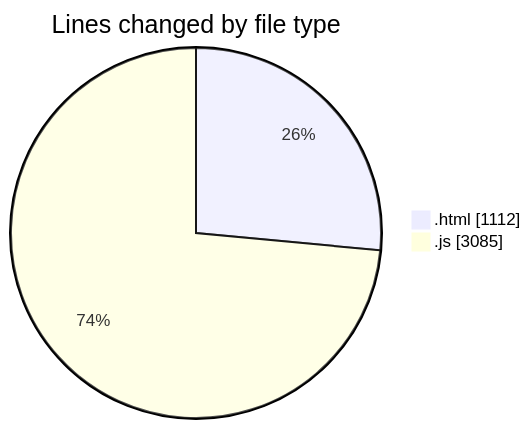
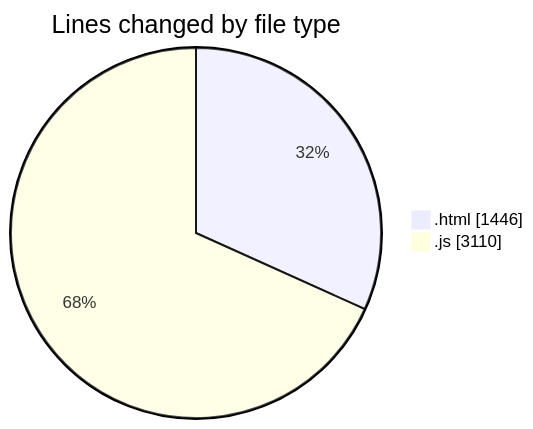
Before and after one commit to becaeroporto-bot/code-tracking: the first of 2 diagrams in 2026-02-19/bot_v1_2/README.md, drawn with Mermaid. The commit also changed other lines of this file and 1 other file, not shown here.

````diff
--- a/2026-02-19/bot_v1_2/README.md
+++ b/2026-02-19/bot_v1_2/README.md
@@ -27,6 +28,6 @@
 ```mermaid
 pie showData
 title Lines changed by file type
-".html" : 1112
-".js" : 3085
+".html" : 1446
+".js" : 3110
 ```
````
